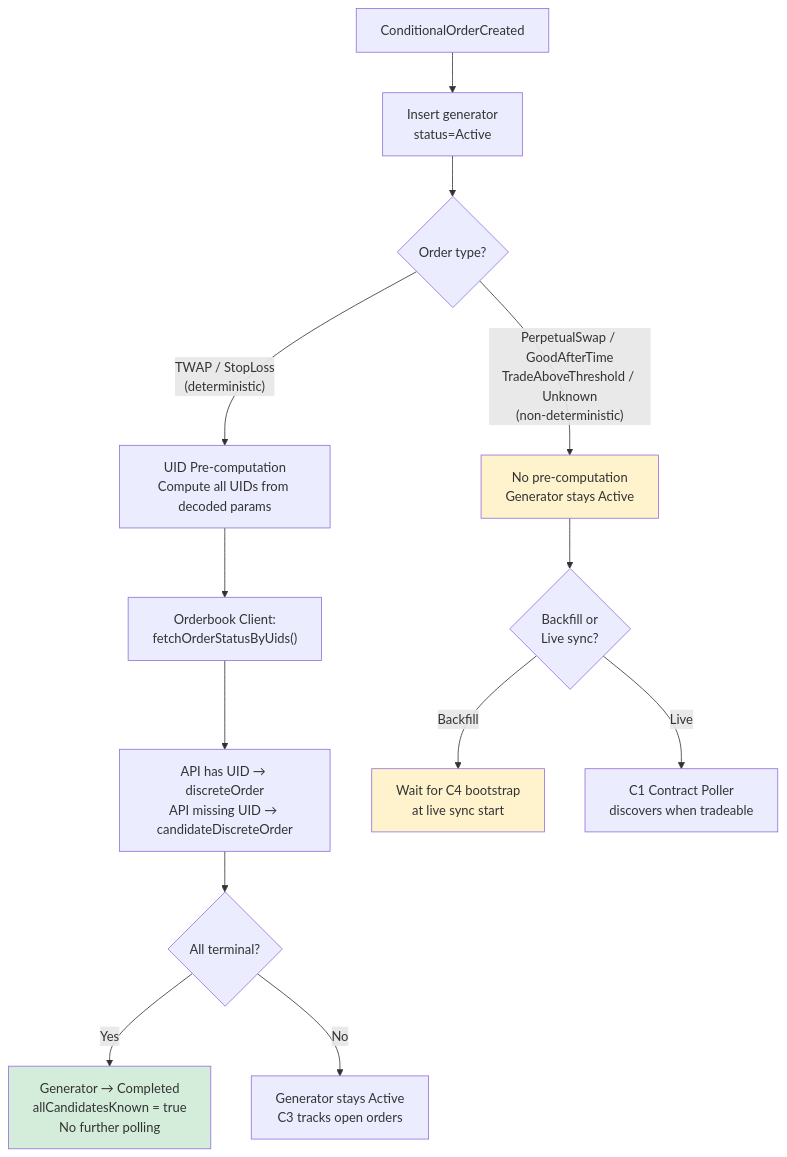
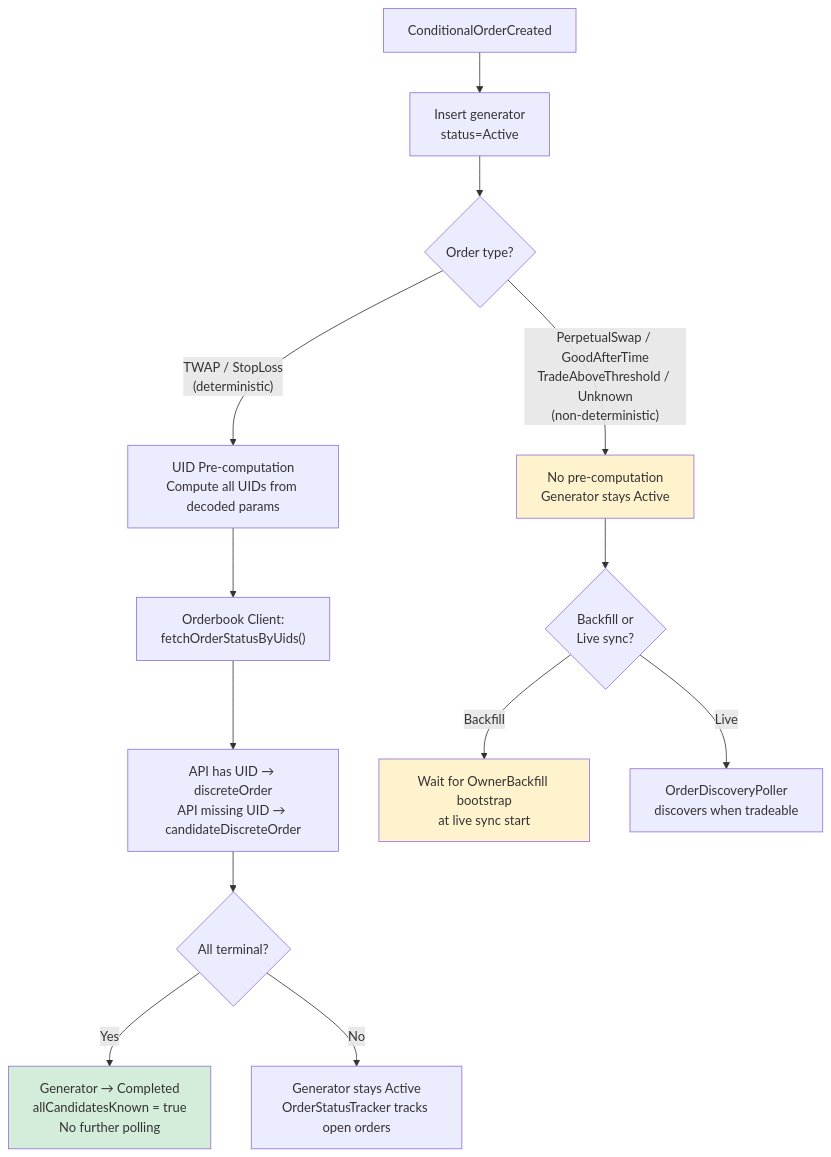
The second of 7 diagrams in agent_docs/m3-orderbook-integration-flow.md (bleu/cow-programmatic-orders-api), drawn with Mermaid before and after one commit. The commit also changed other lines of this file and 12 other files, not shown here.

````diff
--- a/agent_docs/m3-orderbook-integration-flow.md
+++ b/agent_docs/m3-orderbook-integration-flow.md
@@ -445,23 +445,23 @@
 ```mermaid
 flowchart TD
     E["ConditionalOrderCreated"] --> Insert["Insert generator<br/>status=Active"]
 
     Insert --> Check{"Order type?"}
 
     Check -->|"TWAP / StopLoss<br/>(deterministic)"| Pre["UID Pre-computation<br/>Compute all UIDs from decoded params"]
     Check -->|"PerpetualSwap / GoodAfterTime<br/>TradeAboveThreshold / Unknown<br/>(non-deterministic)"| Skip["No pre-computation<br/>Generator stays Active"]
 
     Pre --> API["Orderbook Client:<br/>fetchOrderStatusByUids()"]
     API --> Upsert["API has UID → discreteOrder<br/>API missing UID → candidateDiscreteOrder"]
     Upsert --> Term{"All terminal?"}
     Term -->|Yes| Deactivate["Generator → Completed<br/>allCandidatesKnown = true<br/>No further polling"]
-    Term -->|No| Active["Generator stays Active<br/>C3 tracks open orders"]
+    Term -->|No| Active["Generator stays Active<br/>OrderStatusTracker tracks open orders"]
 
     Skip --> BackfillQ{"Backfill or<br/>Live sync?"}
-    BackfillQ -->|Backfill| Wait["Wait for C4 bootstrap<br/>at live sync start"]
-    BackfillQ -->|Live| Poll["C1 Contract Poller<br/>discovers when tradeable"]
+    BackfillQ -->|Backfill| Wait["Wait for OwnerBackfill bootstrap<br/>at live sync start"]
+    BackfillQ -->|Live| Poll["OrderDiscoveryPoller<br/>discovers when tradeable"]
 
     style Deactivate fill:#d4edda
     style Skip fill:#fff3cd
     style Wait fill:#fff3cd
 ```
````
